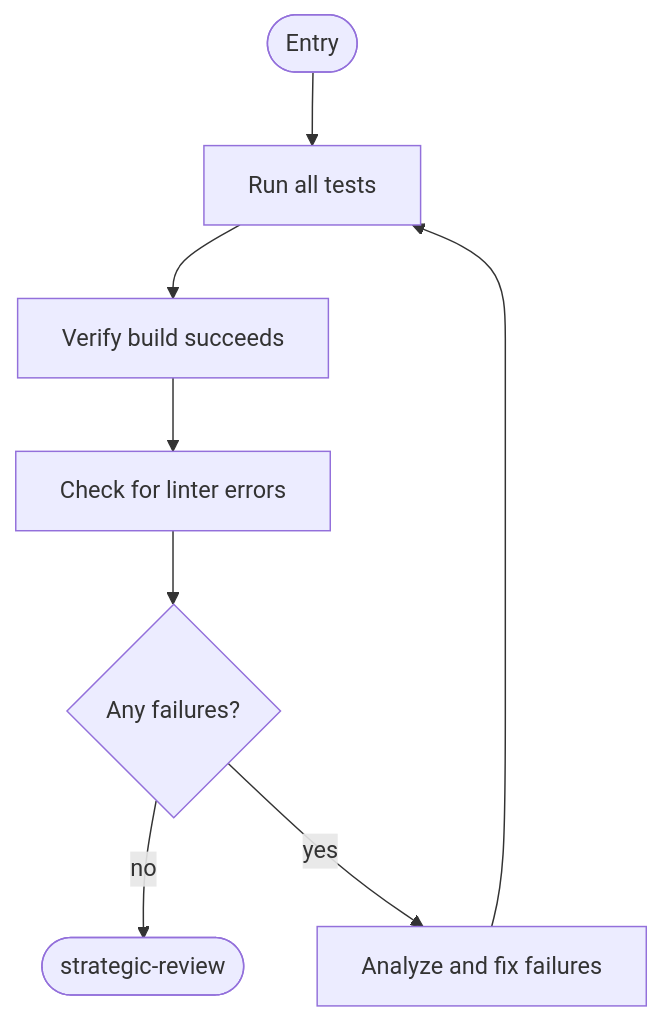
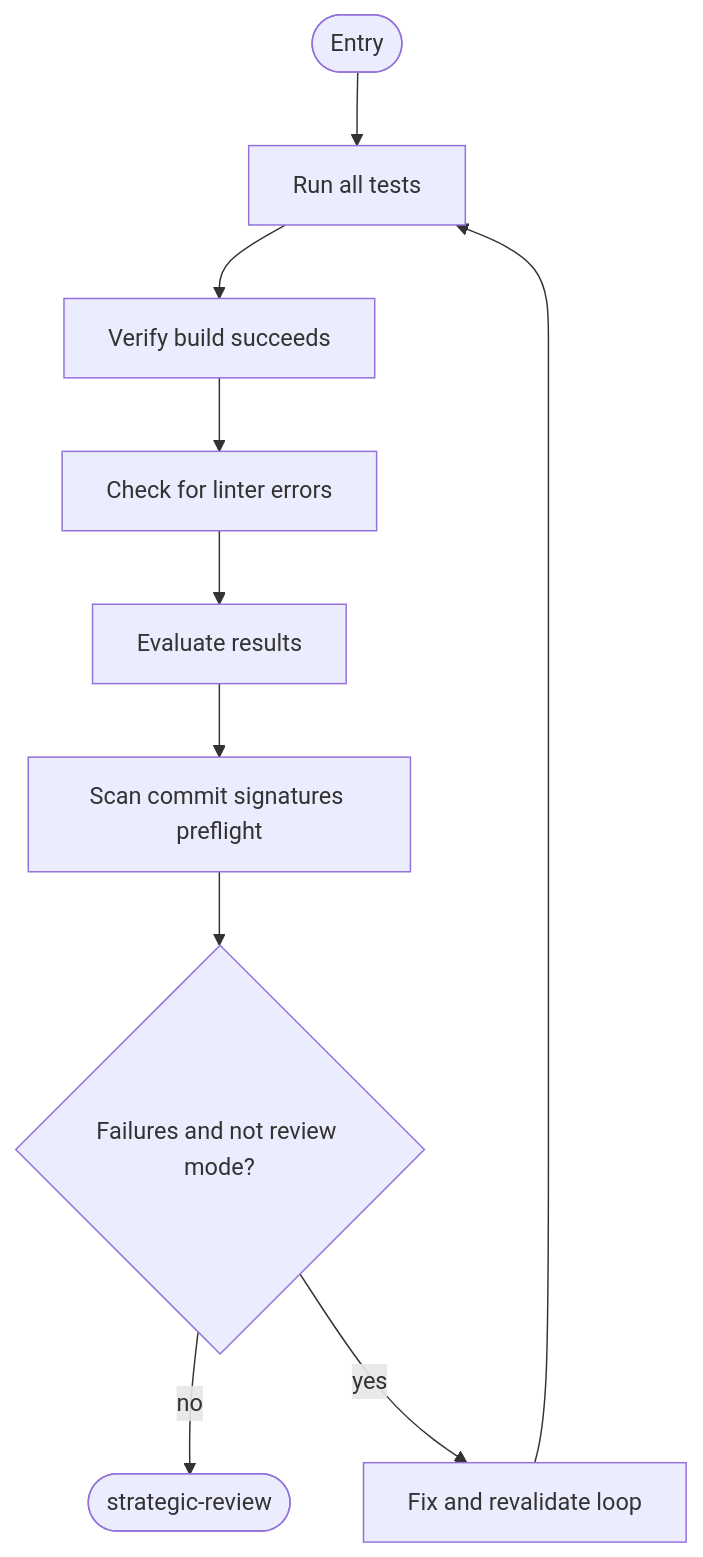
Diagram 11 of 14 in work-package/activities/README.md (m2ux/workflow-server), drawn with Mermaid before and after one commit. The commit also changed other lines of this file and 16 other files, not shown here.

````diff
--- a/work-package/activities/README.md
+++ b/work-package/activities/README.md
@@ -679,10 +684,12 @@
 ```mermaid
 graph TD
     entryNode(["Entry"]) --> runTests["Run all tests"]
     runTests --> verifyBuild["Verify build succeeds"]
     verifyBuild --> checkLint["Check for linter errors"]
-    checkLint --> evaluateResults{"Any failures?"}
-    evaluateResults -->|"no"| exitNode(["strategic-review"])
-    evaluateResults -->|"yes"| fixFailures["Analyze and fix failures"]
+    checkLint --> evaluateResults["Evaluate results"]
+    evaluateResults --> scanSigs["Scan commit signatures preflight"]
+    scanSigs --> fixBranch{"Failures and not review mode?"}
+    fixBranch -->|"no"| exitNode(["strategic-review"])
+    fixBranch -->|"yes"| fixFailures["Fix and revalidate loop"]
     fixFailures --> runTests
 ```
````
